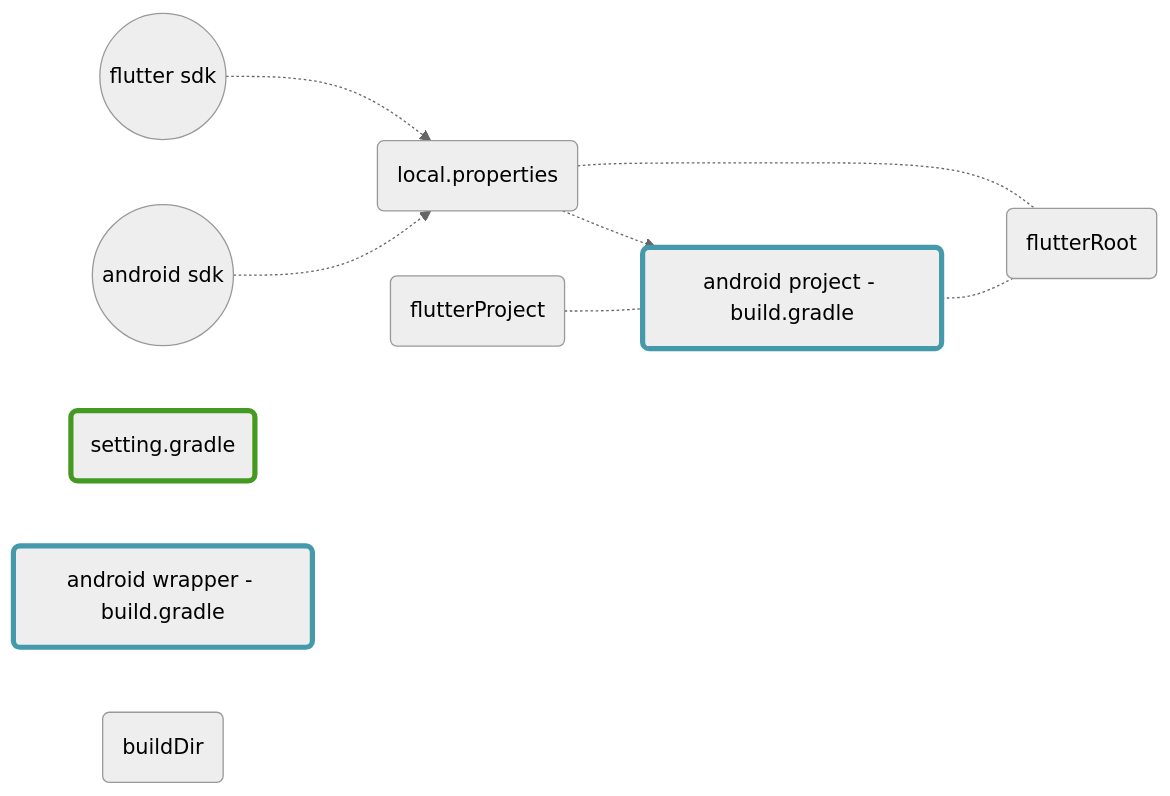
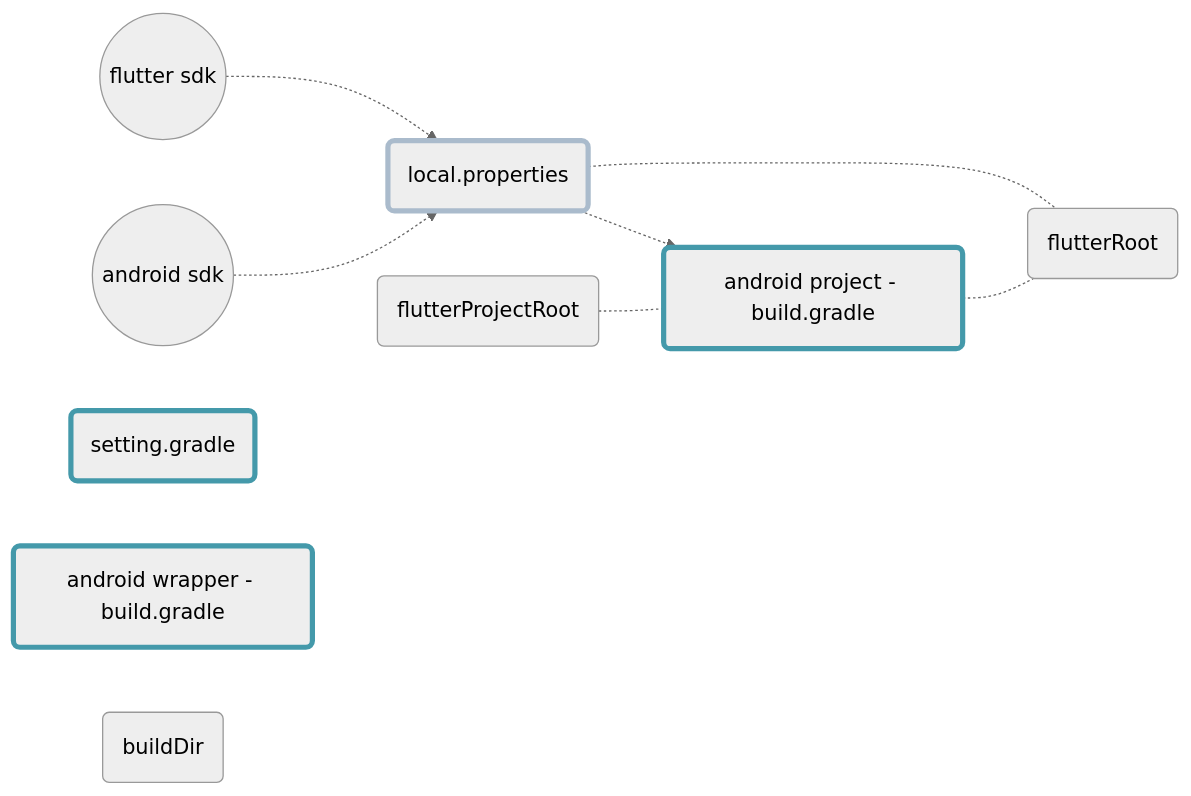
One commit to gordianknotC/nxp_note changed the second of 3 diagrams in flutter/addAndroidProjIntoFlutter.md. Above: the diagram before and after it, drawn with Mermaid (neutral theme). The commit also changed other lines of this file, not shown here.

Commit message:
flutter/addAndroidProjIntoFlutter.md updated from https://stackedit.io/

````diff
--- a/flutter/addAndroidProjIntoFlutter.md
+++ b/flutter/addAndroidProjIntoFlutter.md
@@ -241,25 +241,25 @@
 ```mermaid
 graph LR
 	fdk((flutter sdk))
 	adk((android sdk))
 	loc(local.properties)
 	
 	set(setting.gradle)
 	b1(android wrapper - build.gradle)
 	b2(android project - build.gradle)
 	style b1 stroke-width:4px, stroke:#49a
 	style b2 stroke-width:4px, stroke:#49a
 	style set stroke-width:4px, stroke:#49a
-	style set stroke-width:4px, stroke:#492
+	style loc stroke-width:4px, stroke:#abc
 
 	dfr(flutterRoot)
-	dfp(flutterProject)
+	dfp(flutterProjectRoot)
 	dfb(buildDir)
 	
 	fdk -.-> loc
 	adk -.-> loc
 	loc -.-> b2
 	loc -.- dfr
 	b2 -.- dfr
 	dfp -.- b2
 ```
````
